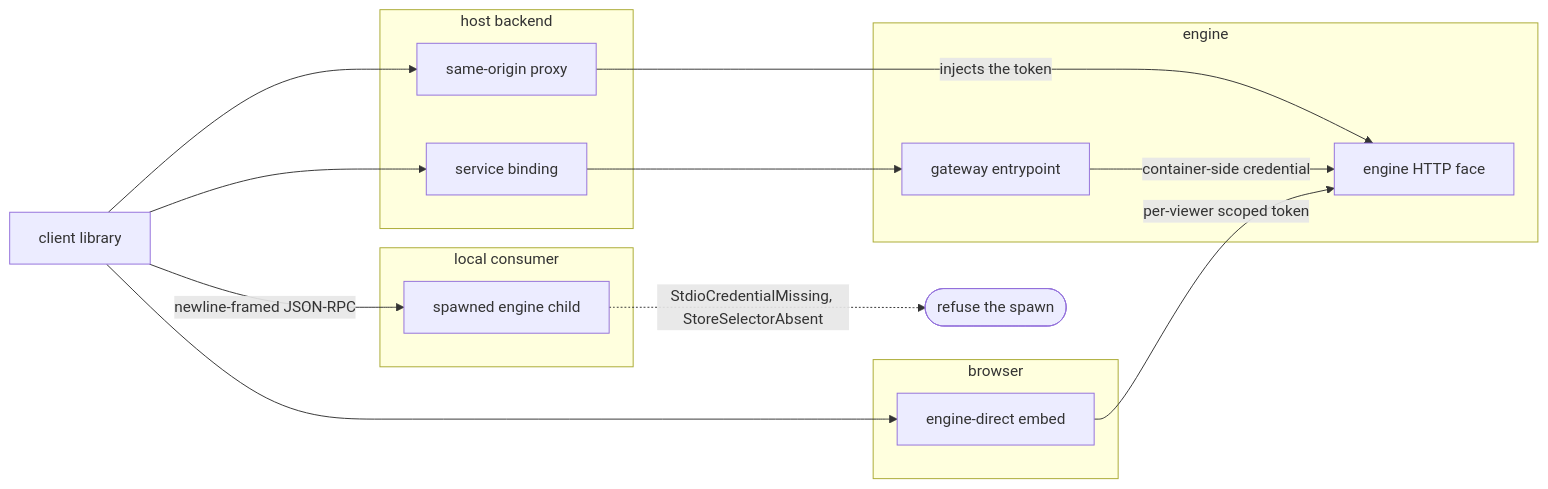
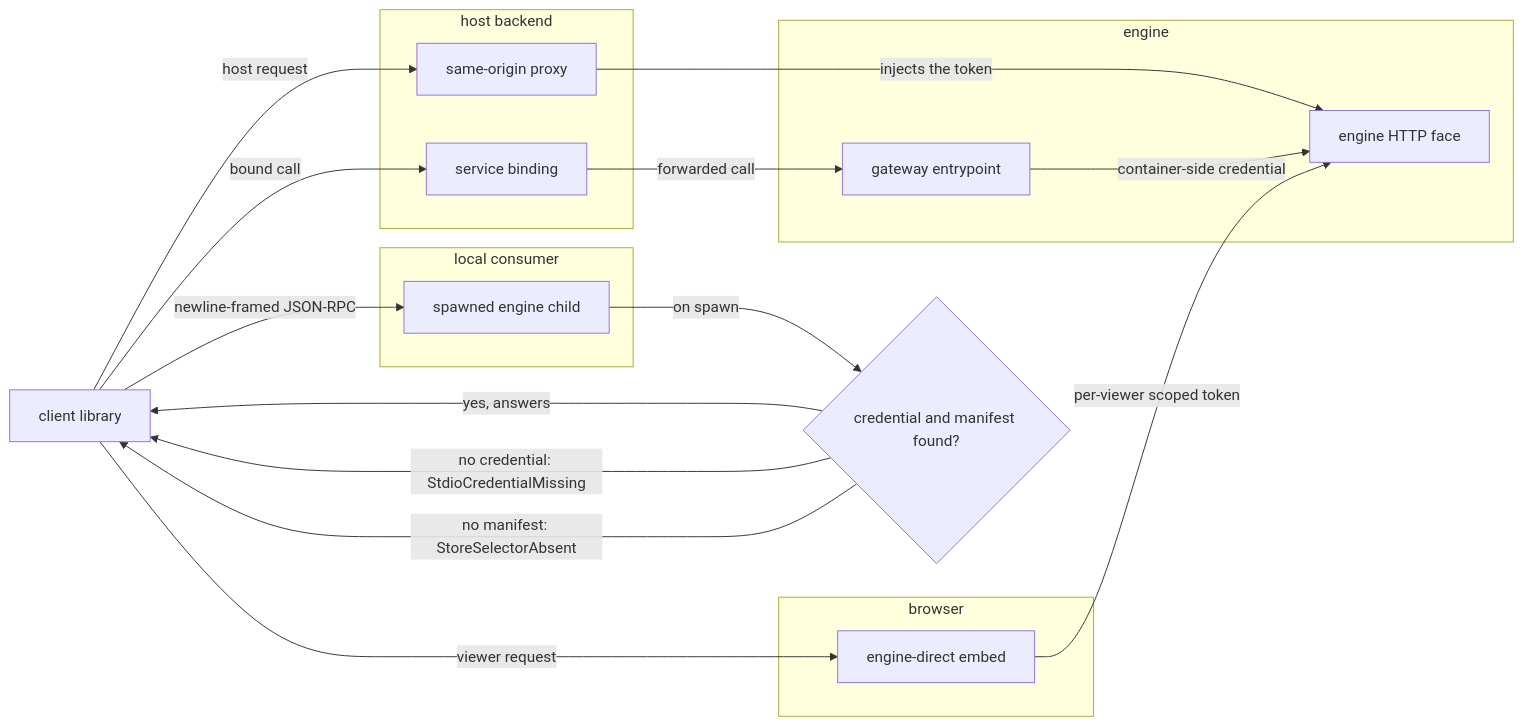
One commit to fractalboxdev/contextful changed the second of 5 diagrams in spec/71-console.md. Above: the diagram before and after it, drawn with Mermaid. The commit also changed other lines of this file and 31 other files, not shown here.

First line of the commit message:
spec: every diagram draws things as nodes and what flows as labelled edges

````diff
--- a/spec/71-console.md
+++ b/spec/71-console.md
@@ -99,27 +90,30 @@
 ```mermaid
 flowchart LR
   LIB["client library"]
   subgraph host["host backend"]
     S1["same-origin proxy"]
     S2["service binding"]
   end
   subgraph browser["browser"]
     S3["engine-direct embed"]
   end
   subgraph local["local consumer"]
     S4["spawned engine child"]
   end
   subgraph engine["engine"]
     GW["gateway entrypoint"]
     ENG["engine HTTP face"]
   end
-  LIB --> S1
-  LIB --> S2
-  LIB --> S3
-  LIB -- "newline-framed JSON-RPC" --> S4
-  S1 -- "injects the token" --> ENG
-  S2 --> GW
-  GW -- "container-side credential" --> ENG
-  S3 -- "per-viewer scoped token" --> ENG
-  S4 -. "StdioCredentialMissing, StoreSelectorAbsent" .-> REF(["refuse the spawn"])
+  LIB -->|"host request"| S1
+  LIB -->|"bound call"| S2
+  LIB -->|"viewer request"| S3
+  LIB -->|"newline-framed JSON-RPC"| S4
+  S1 -->|"injects the token"| ENG
+  S2 -->|"forwarded call"| GW
+  GW -->|"container-side credential"| ENG
+  S3 -->|"per-viewer scoped token"| ENG
+  S4 -->|"on spawn"| CK{"credential and manifest found?"}
+  CK -->|"yes, answers"| LIB
+  CK -->|"no credential: StdioCredentialMissing"| LIB
+  CK -->|"no manifest: StoreSelectorAbsent"| LIB
 ```
````
